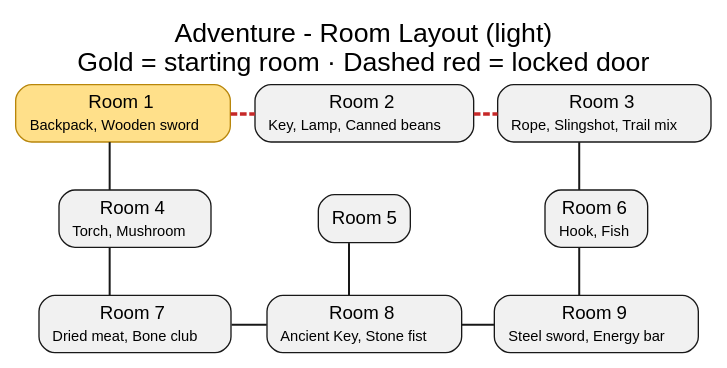
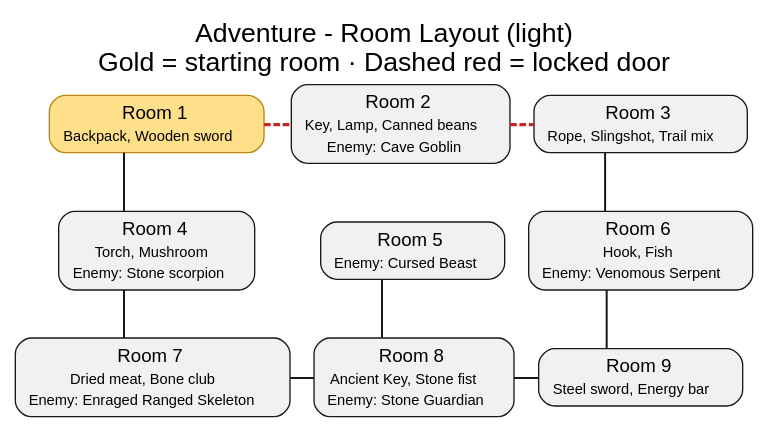
Before and after one commit to mwnDK1402/Adventure: the diagram in docs/room-diagram-light.dot, drawn with Graphviz. The commit also changed 3 other files, not shown here.

Commit message:
Show enemies in room layout diagrams

```diff
--- a/docs/room-diagram-light.dot
+++ b/docs/room-diagram-light.dot
@@ -1,61 +1,63 @@
 graph Rooms {
     label = "Adventure - Room Layout (light)\nGold = starting room · Dashed red = locked door";
     labelloc = t;
     fontname = "Helvetica";
     fontsize = 20;
     fontcolor = "#000000";
     bgcolor = "white";
     rankdir = TB;
     splines = ortho;
     node [shape = box, style = "rounded,filled", fontname = "Helvetica", fontsize = 14, fillcolor = "#F1F1F1", color = "#181818", fontcolor = "#000000"];
     edge [color = "#181818", penwidth = 1.5];
 
     { rank = same; r1; r2; r3; }
     { rank = same; r4; r5; r6; }
     { rank = same; r7; r8; r9; }
 
+    // Captions: items from roomN.addItem(...), then "Enemy: ..." from
+    // roomN.addEnemy(...) using the enemy's long name, as `look` shows it.
     r1 [label = <<TABLE BORDER="0" CELLBORDER="0" CELLSPACING="0"><TR><TD>Room 1</TD></TR><TR><TD><FONT POINT-SIZE="11">Backpack, Wooden sword</FONT></TD></TR></TABLE>>, fillcolor = "#FFE08A", color = "#B8860B"];
-    r2 [label = <<TABLE BORDER="0" CELLBORDER="0" CELLSPACING="0"><TR><TD>Room 2</TD></TR><TR><TD><FONT POINT-SIZE="11">Key, Lamp, Canned beans</FONT></TD></TR></TABLE>>];
+    r2 [label = <<TABLE BORDER="0" CELLBORDER="0" CELLSPACING="0"><TR><TD>Room 2</TD></TR><TR><TD><FONT POINT-SIZE="11">Key, Lamp, Canned beans</FONT></TD></TR><TR><TD><FONT POINT-SIZE="11">Enemy: Cave Goblin</FONT></TD></TR></TABLE>>];
     r3 [label = <<TABLE BORDER="0" CELLBORDER="0" CELLSPACING="0"><TR><TD>Room 3</TD></TR><TR><TD><FONT POINT-SIZE="11">Rope, Slingshot, Trail mix</FONT></TD></TR></TABLE>>];
-    r4 [label = <<TABLE BORDER="0" CELLBORDER="0" CELLSPACING="0"><TR><TD>Room 4</TD></TR><TR><TD><FONT POINT-SIZE="11">Torch, Mushroom</FONT></TD></TR></TABLE>>];
-    r5 [label = "Room 5"];
-    r6 [label = <<TABLE BORDER="0" CELLBORDER="0" CELLSPACING="0"><TR><TD>Room 6</TD></TR><TR><TD><FONT POINT-SIZE="11">Hook, Fish</FONT></TD></TR></TABLE>>];
-    r7 [label = <<TABLE BORDER="0" CELLBORDER="0" CELLSPACING="0"><TR><TD>Room 7</TD></TR><TR><TD><FONT POINT-SIZE="11">Dried meat, Bone club</FONT></TD></TR></TABLE>>];
-    r8 [label = <<TABLE BORDER="0" CELLBORDER="0" CELLSPACING="0"><TR><TD>Room 8</TD></TR><TR><TD><FONT POINT-SIZE="11">Ancient Key, Stone fist</FONT></TD></TR></TABLE>>];
+    r4 [label = <<TABLE BORDER="0" CELLBORDER="0" CELLSPACING="0"><TR><TD>Room 4</TD></TR><TR><TD><FONT POINT-SIZE="11">Torch, Mushroom</FONT></TD></TR><TR><TD><FONT POINT-SIZE="11">Enemy: Stone scorpion</FONT></TD></TR></TABLE>>];
+    r5 [label = <<TABLE BORDER="0" CELLBORDER="0" CELLSPACING="0"><TR><TD>Room 5</TD></TR><TR><TD><FONT POINT-SIZE="11">Enemy: Cursed Beast</FONT></TD></TR></TABLE>>];
+    r6 [label = <<TABLE BORDER="0" CELLBORDER="0" CELLSPACING="0"><TR><TD>Room 6</TD></TR><TR><TD><FONT POINT-SIZE="11">Hook, Fish</FONT></TD></TR><TR><TD><FONT POINT-SIZE="11">Enemy: Venomous Serpent</FONT></TD></TR></TABLE>>];
+    r7 [label = <<TABLE BORDER="0" CELLBORDER="0" CELLSPACING="0"><TR><TD>Room 7</TD></TR><TR><TD><FONT POINT-SIZE="11">Dried meat, Bone club</FONT></TD></TR><TR><TD><FONT POINT-SIZE="11">Enemy: Enraged Ranged Skeleton</FONT></TD></TR></TABLE>>];
+    r8 [label = <<TABLE BORDER="0" CELLBORDER="0" CELLSPACING="0"><TR><TD>Room 8</TD></TR><TR><TD><FONT POINT-SIZE="11">Ancient Key, Stone fist</FONT></TD></TR><TR><TD><FONT POINT-SIZE="11">Enemy: Stone Guardian</FONT></TD></TR></TABLE>>];
     r9 [label = <<TABLE BORDER="0" CELLBORDER="0" CELLSPACING="0"><TR><TD>Room 9</TD></TR><TR><TD><FONT POINT-SIZE="11">Steel sword, Energy bar</FONT></TD></TR></TABLE>>];
 
     // Room connections, mirroring Map.buildMap():
     //   room2.setWestEast(room1, room2)   -> r1 -- r2
     //   room1.setNorthSouth(room1, room4) -> r1 -- r4
     //   room3.setWestEast(room2, room3)   -> r2 -- r3
     //   room3.setNorthSouth(room3, room6) -> r3 -- r6
     //   room4.setNorthSouth(room4, room7) -> r4 -- r7
     //   room7.setWestEast(room7, room8)   -> r7 -- r8
     //   room5.setNorthSouth(room5, room8) -> r5 -- r8
     //   room8.setWestEast(room8, room9)   -> r8 -- r9
     //   room6.setNorthSouth(room6, room9) -> r6 -- r9
     // Locked doors: Map.buildMap() calls `room2.setLock(true)`, so Room 2 is
     // locked and both edges leading to it are drawn dashed red. Note that
     // Room.lock is per-room, not per-direction, so the lock blocks BOTH
     // approaches to Room 2, not just the one from Room 1.
     r1 -- r2 [color = "#C62828", style = "dashed", penwidth = 2.5];
     r2 -- r3 [color = "#C62828", style = "dashed", penwidth = 2.5];
     r3 -- r6;
     r1 -- r4;
     r4 -- r7;
     r7 -- r8;
     r8 -- r9;
     r5 -- r8;
     r6 -- r9;
 
     // Invisible edges, used only to hold the grid layout
     edge [style = invis, color = "white"];
     r1 -- r4;
     r4 -- r7;
     r2 -- r5;
     r5 -- r8;
     r3 -- r6;
     r6 -- r9;
     r4 -- r5;
     r5 -- r6;
 }
```
